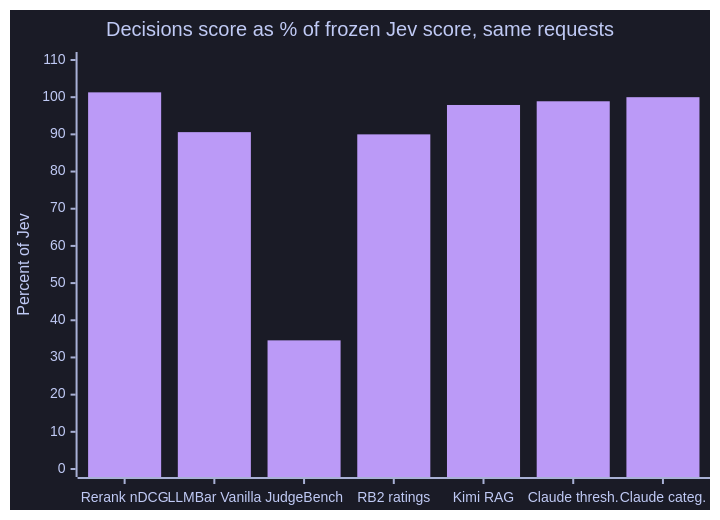
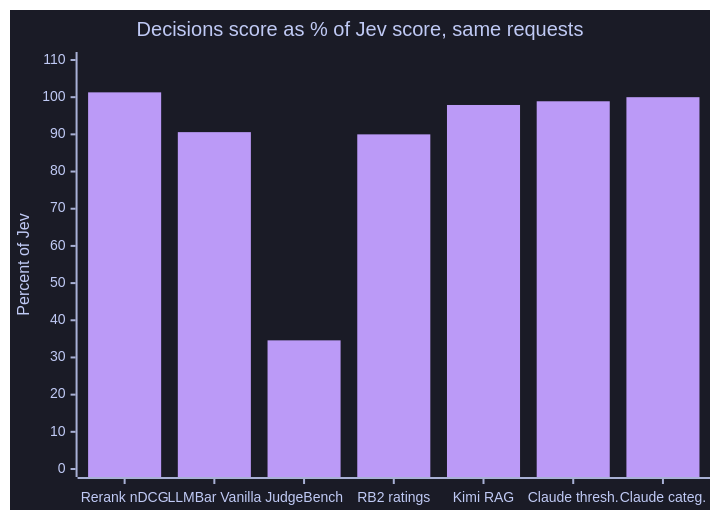
One commit to dorkitude/decision-model-testing changed the second of 2 diagrams in experiments/openai-decisions-adapter/README.md. Above: the diagram before and after it, drawn with Mermaid. The commit also changed other lines of this file and 57 other files, not shown here.

````diff
--- a/experiments/openai-decisions-adapter/README.md
+++ b/experiments/openai-decisions-adapter/README.md
@@ -87,8 +87,8 @@
 ```mermaid
 %%{init: {"theme": "base", "themeVariables": {"background": "#1a1b26", "xyChart": {"backgroundColor": "#1a1b26", "titleColor": "#c0caf5", "xAxisLabelColor": "#c0caf5", "xAxisTitleColor": "#c0caf5", "xAxisLineColor": "#a9b1d6", "xAxisTickColor": "#a9b1d6", "yAxisLabelColor": "#c0caf5", "yAxisTitleColor": "#c0caf5", "yAxisLineColor": "#a9b1d6", "yAxisTickColor": "#a9b1d6", "plotColorPalette": "#bb9af7"}}}}%%
 xychart-beta
-    title "Decisions score as % of frozen Jev score, same requests"
+    title "Decisions score as % of Jev score, same requests"
     x-axis ["Rerank nDCG", "LLMBar Vanilla", "JudgeBench", "RB2 ratings", "Kimi RAG", "Claude thresh.", "Claude categ."]
     y-axis "Percent of Jev" 0 --> 110
     bar [101.3, 90.6, 34.6, 90.0, 97.9, 98.9, 100.0]
 ```
````
